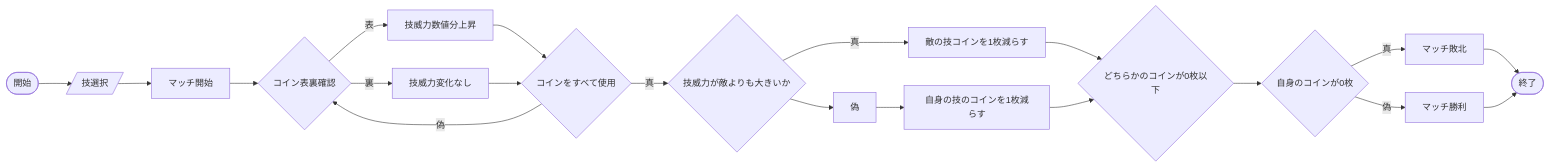
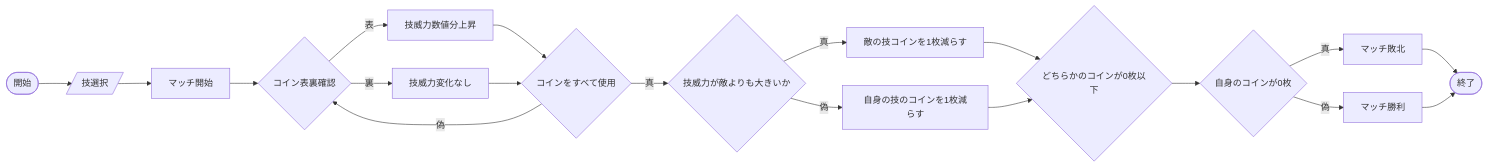
The first of 3 diagrams in README.md (tpu-game-2023/mermaid_test), drawn with Mermaid before and after one commit.

Commit message:
見取り図修正

````diff
--- a/README.md
+++ b/README.md
@@ -20,21 +20,21 @@
 ```mermaid
 flowchart LR;
    A([開始]) --> B[/技選択/];
    B --> C[マッチ開始];
    C --> D{コイン表裏確認};
    D --表-->E[技威力数値分上昇];
    D --裏--> F[技威力変化なし];
    E-->G{コインをすべて使用};
    F-->G
    G--真-->H{技威力が敵よりも大きいか};
    G--偽-->D;
    H--真-->I[敵の技コインを1枚減らす];
-   H-->偽-->J[自身の技のコインを1枚減らす];
+   H--偽-->J[自身の技のコインを1枚減らす];
    I-->K{どちらかのコインが0枚以下};
    J-->K
    K-->L{自身のコインが0枚};
    L--真-->M[マッチ敗北];
    L--偽-->N[マッチ勝利];;
    M-->O([終了]);
    N-->O;
 ```
````
